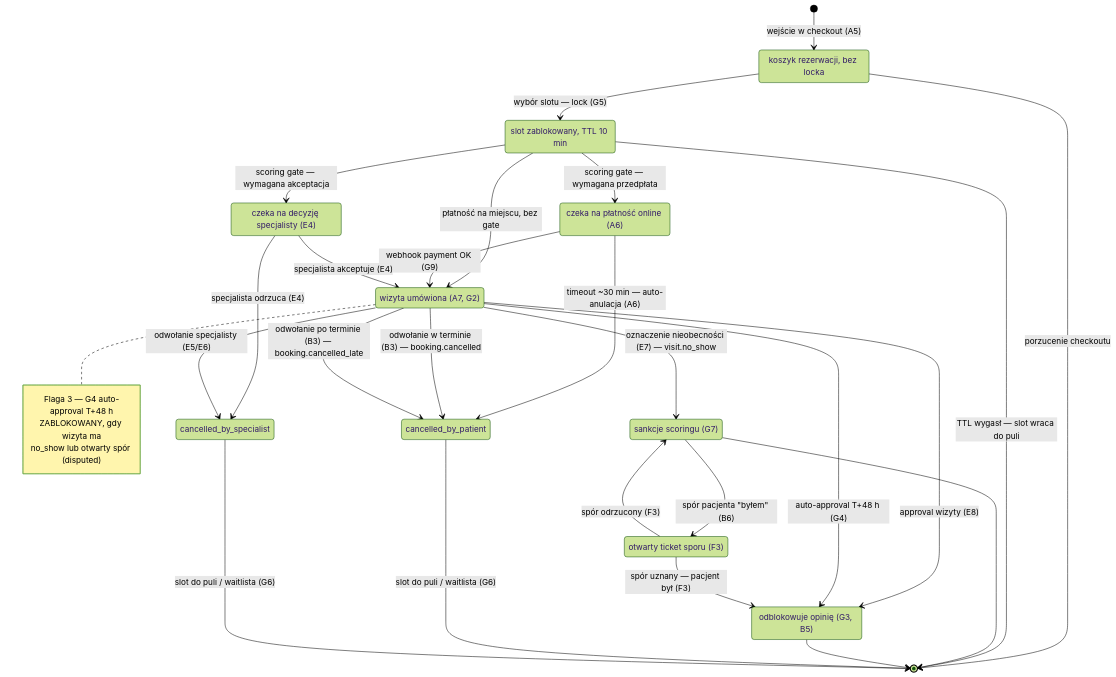
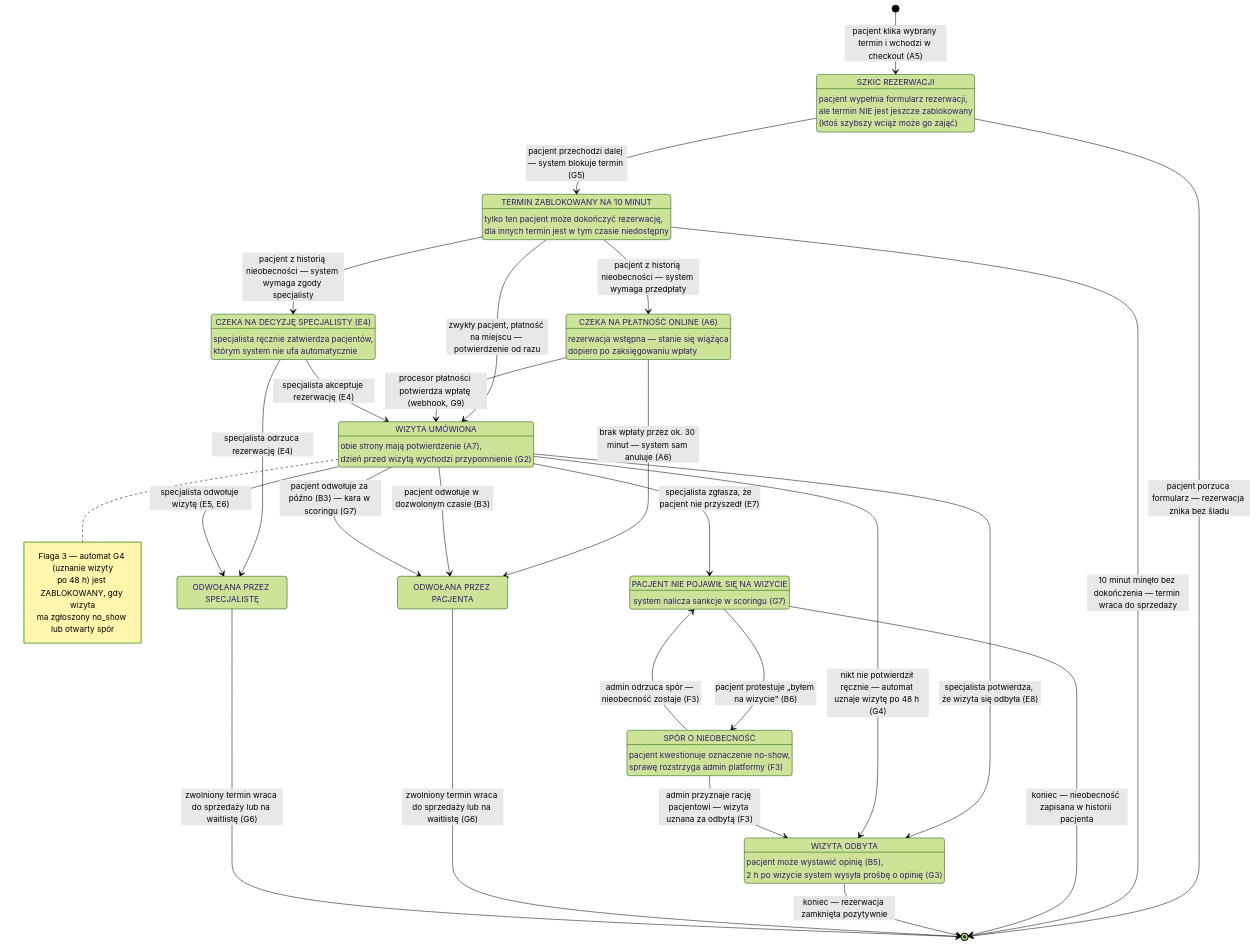
One commit to QooperBoy/medivo_portal changed the diagram in diagrams/00-core/00-stany-rezerwacji.md. Above: the diagram before and after it, drawn with Mermaid (forest theme). The commit also changed other lines of this file and 47 other files, not shown here.

First line of the commit message:
czytelnosc: pelne etykiety + sekcje Aktorzy i Objasnienie blokow (23 diagramy)

````diff
--- a/diagrams/00-core/00-stany-rezerwacji.md
+++ b/diagrams/00-core/00-stany-rezerwacji.md
@@ -3,48 +3,68 @@
 ```mermaid
 stateDiagram-v2
-    [*] --> draft : wejście w checkout (A5)
-    draft : koszyk rezerwacji, bez locka
-    draft --> locked : wybór slotu — lock (G5)
-    draft --> [*] : porzucenie checkoutu
+    [*] --> draft : pacjent klika wybrany termin i wchodzi w checkout (A5)
 
-    locked : slot zablokowany, TTL 10 min
-    locked --> [*] : TTL wygasł — slot wraca do puli
-    locked --> pending_payment : scoring gate — wymagana przedpłata
-    locked --> pending_approval : scoring gate — wymagana akceptacja
-    locked --> confirmed : płatność na miejscu, bez gate
+    draft : SZKIC REZERWACJI
+    draft : pacjent wypełnia formularz rezerwacji,
+    draft : ale termin NIE jest jeszcze zablokowany
+    draft : (ktoś szybszy wciąż może go zająć)
+    draft --> locked : pacjent przechodzi dalej — system blokuje termin (G5)
+    draft --> [*] : pacjent porzuca formularz — rezerwacja znika bez śladu
 
-    pending_payment : czeka na płatność online (A6)
-    pending_payment --> confirmed : webhook payment OK (G9)
-    pending_payment --> cancelled_by_patient : timeout ~30 min — auto-anulacja (A6)
+    locked : TERMIN ZABLOKOWANY NA 10 MINUT
+    locked : tylko ten pacjent może dokończyć rezerwację,
+    locked : dla innych termin jest w tym czasie niedostępny
+    locked --> [*] : 10 minut minęło bez dokończenia — termin wraca do sprzedaży
+    locked --> pending_payment : pacjent z historią nieobecności — system wymaga przedpłaty
+    locked --> pending_approval : pacjent z historią nieobecności — system wymaga zgody specjalisty
+    locked --> confirmed : zwykły pacjent, płatność na miejscu — potwierdzenie od razu
 
-    pending_approval : czeka na decyzję specjalisty (E4)
-    pending_approval --> confirmed : specjalista akceptuje (E4)
-    pending_approval --> cancelled_by_specialist : specjalista odrzuca (E4)
+    pending_payment : CZEKA NA PŁATNOŚĆ ONLINE (A6)
+    pending_payment : rezerwacja wstępna — stanie się wiążąca
+    pending_payment : dopiero po zaksięgowaniu wpłaty
+    pending_payment --> confirmed : procesor płatności potwierdza wpłatę (webhook, G9)
+    pending_payment --> cancelled_by_patient : brak wpłaty przez ok. 30 minut — system sam anuluje (A6)
 
-    confirmed : wizyta umówiona (A7, G2)
-    confirmed --> cancelled_by_patient : odwołanie w terminie (B3) — booking.cancelled
-    confirmed --> cancelled_by_patient : odwołanie po terminie (B3) — booking.cancelled_late
-    confirmed --> cancelled_by_specialist : odwołanie specjalisty (E5/E6)
-    confirmed --> completed : approval wizyty (E8)
-    confirmed --> completed : auto-approval T+48 h (G4)
-    confirmed --> no_show : oznaczenie nieobecności (E7) — visit.no_show
+    pending_approval : CZEKA NA DECYZJĘ SPECJALISTY (E4)
+    pending_approval : specjalista ręcznie zatwierdza pacjentów,
+    pending_approval : którym system nie ufa automatycznie
+    pending_approval --> confirmed : specjalista akceptuje rezerwację (E4)
+    pending_approval --> cancelled_by_specialist : specjalista odrzuca rezerwację (E4)
 
-    no_show : sankcje scoringu (G7)
-    no_show --> disputed : spór pacjenta "byłem" (B6)
-    no_show --> [*]
+    confirmed : WIZYTA UMÓWIONA
+    confirmed : obie strony mają potwierdzenie (A7),
+    confirmed : dzień przed wizytą wychodzi przypomnienie (G2)
+    confirmed --> cancelled_by_patient : pacjent odwołuje w dozwolonym czasie (B3)
+    confirmed --> cancelled_by_patient : pacjent odwołuje za późno (B3) — kara w scoringu (G7)
+    confirmed --> cancelled_by_specialist : specjalista odwołuje wizytę (E5, E6)
+    confirmed --> completed : specjalista potwierdza, że wizyta się odbyła (E8)
+    confirmed --> completed : nikt nie potwierdził ręcznie — automat uznaje wizytę po 48 h (G4)
+    confirmed --> no_show : specjalista zgłasza, że pacjent nie przyszedł (E7)
 
-    disputed : otwarty ticket sporu (F3)
-    disputed --> completed : spór uznany — pacjent był (F3)
-    disputed --> no_show : spór odrzucony (F3)
+    no_show : PACJENT NIE POJAWIŁ SIĘ NA WIZYCIE
+    no_show : system nalicza sankcje w scoringu (G7)
+    no_show --> disputed : pacjent protestuje „byłem na wizycie" (B6)
+    no_show --> [*] : koniec — nieobecność zapisana w historii pacjenta
 
-    completed : odblokowuje opinię (G3, B5)
-    completed --> [*]
-    cancelled_by_patient --> [*] : slot do puli / waitlista (G6)
-    cancelled_by_specialist --> [*] : slot do puli / waitlista (G6)
+    disputed : SPÓR O NIEOBECNOŚĆ
+    disputed : pacjent kwestionuje oznaczenie no-show,
+    disputed : sprawę rozstrzyga admin platformy (F3)
+    disputed --> completed : admin przyznaje rację pacjentowi — wizyta uznana za odbytą (F3)
+    disputed --> no_show : admin odrzuca spór — nieobecność zostaje (F3)
+
+    completed : WIZYTA ODBYTA
+    completed : pacjent może wystawić opinię (B5),
+    completed : 2 h po wizycie system wysyła prośbę o opinię (G3)
+    completed --> [*] : koniec — rezerwacja zamknięta pozytywnie
+
+    cancelled_by_patient : ODWOŁANA PRZEZ PACJENTA
+    cancelled_by_specialist : ODWOŁANA PRZEZ SPECJALISTĘ
+    cancelled_by_patient --> [*] : zwolniony termin wraca do sprzedaży lub na waitlistę (G6)
+    cancelled_by_specialist --> [*] : zwolniony termin wraca do sprzedaży lub na waitlistę (G6)
 
     note right of confirmed
-        Flaga 3 — G4 auto-approval T+48 h
-        ZABLOKOWANY, gdy wizyta ma
-        no_show lub otwarty spór (disputed)
+        Flaga 3 — automat G4 (uznanie wizyty
+        po 48 h) jest ZABLOKOWANY, gdy wizyta
+        ma zgłoszony no_show lub otwarty spór
     end note
 ```
````
